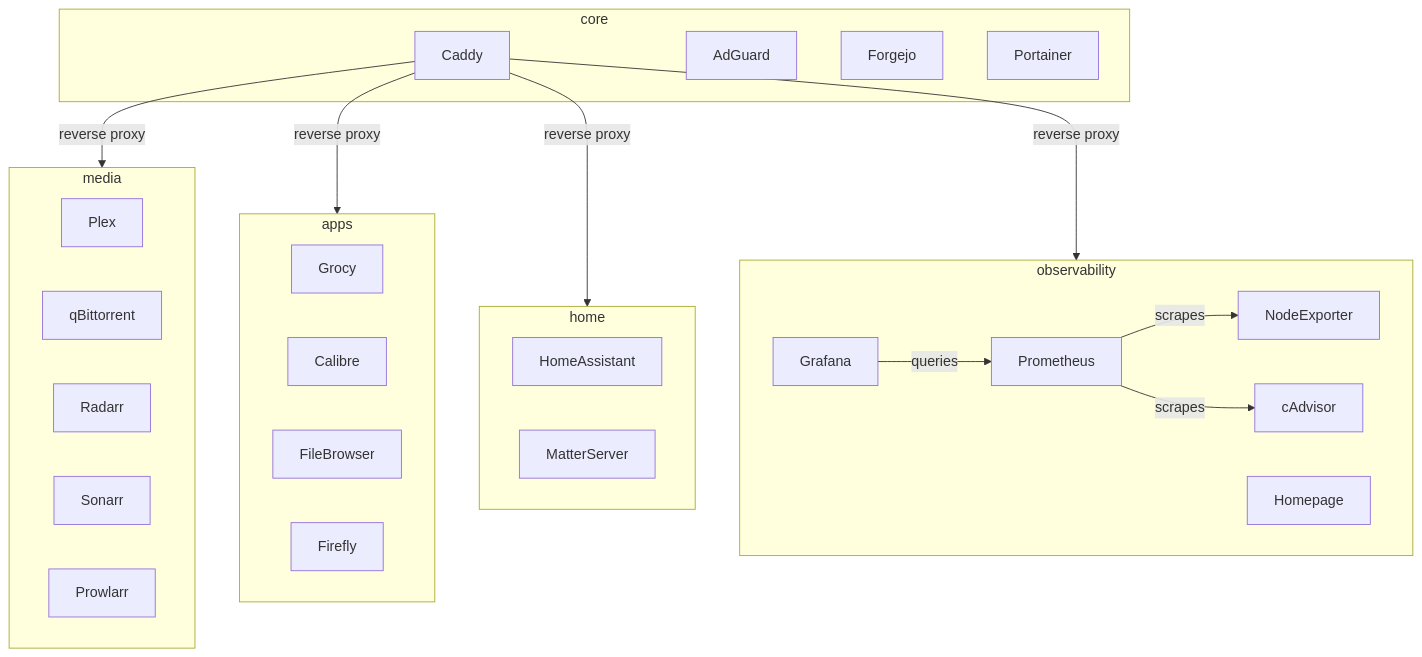
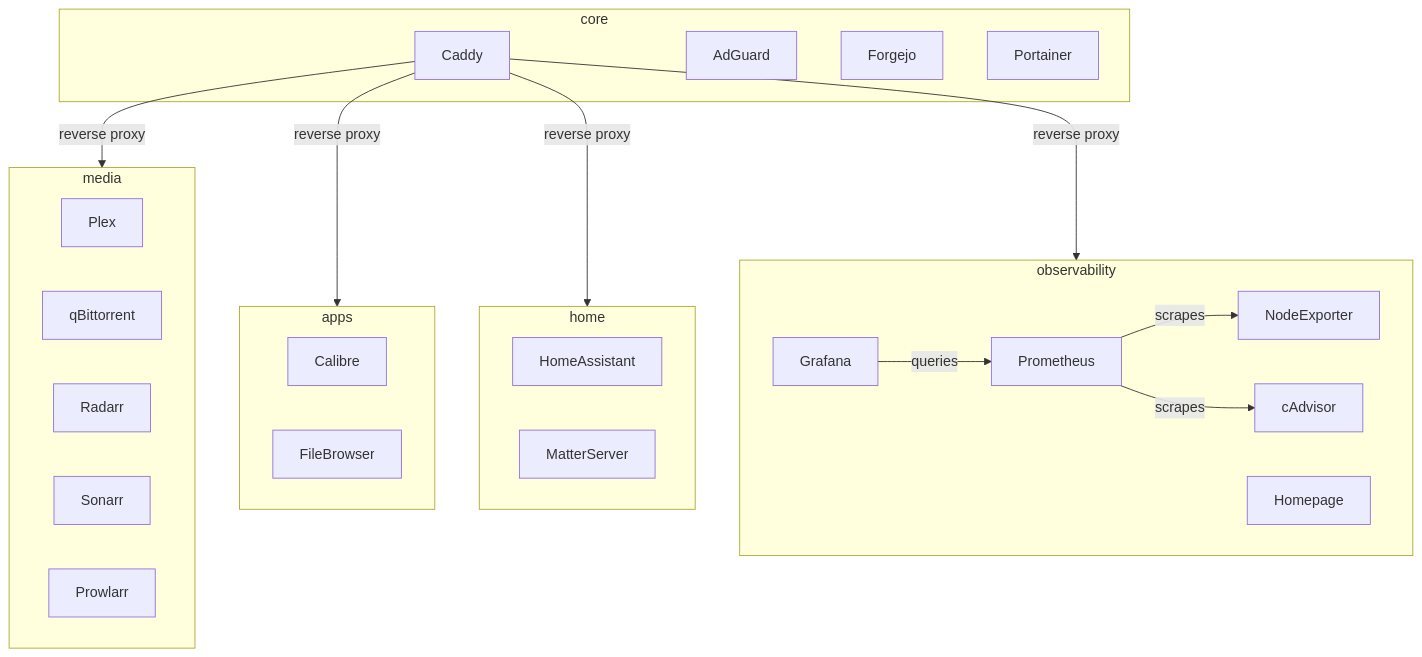
The second of 3 diagrams in README.md (AnthonyKubeka/homelab), drawn with Mermaid before and after one commit. The commit also changed other lines of this file and 8 other files, not shown here.

Commit message:
remove koreader-sync, firefly-iii, and grocy

````diff
--- a/README.md
+++ b/README.md
@@ -36,41 +36,39 @@
 ```mermaid
 graph TD
     subgraph core
         Caddy
         AdGuard
         Forgejo
         Portainer
     end
     subgraph media
         Plex
         qBittorrent
         Radarr
         Sonarr
         Prowlarr
     end
     subgraph apps
-        Grocy
         Calibre
         FileBrowser
-        Firefly
     end
     subgraph home
         HomeAssistant
         MatterServer
     end
     subgraph observability
         Prometheus
         Grafana
         NodeExporter
         cAdvisor
         Homepage
     end
 
     Caddy -->|reverse proxy| media
     Caddy -->|reverse proxy| apps
     Caddy -->|reverse proxy| home
     Caddy -->|reverse proxy| observability
     Prometheus -->|scrapes| NodeExporter
     Prometheus -->|scrapes| cAdvisor
     Grafana -->|queries| Prometheus
 ```
````
